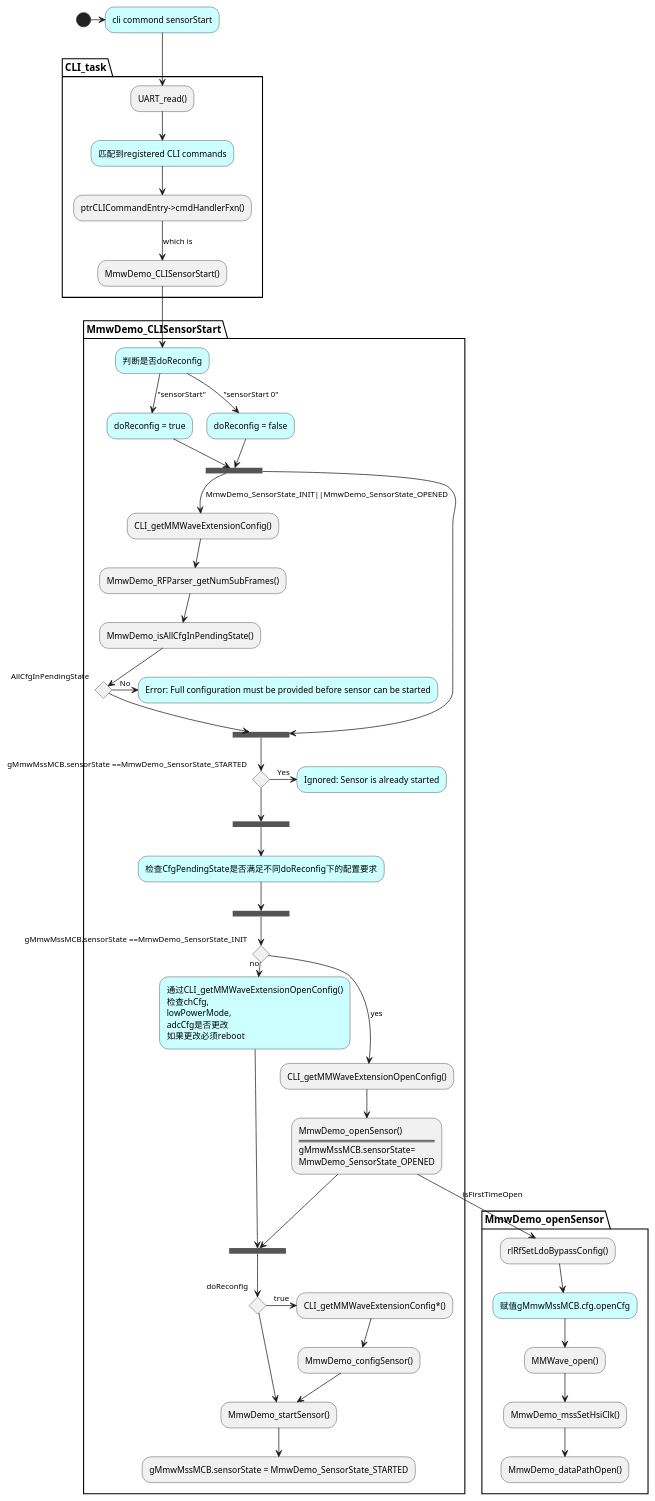
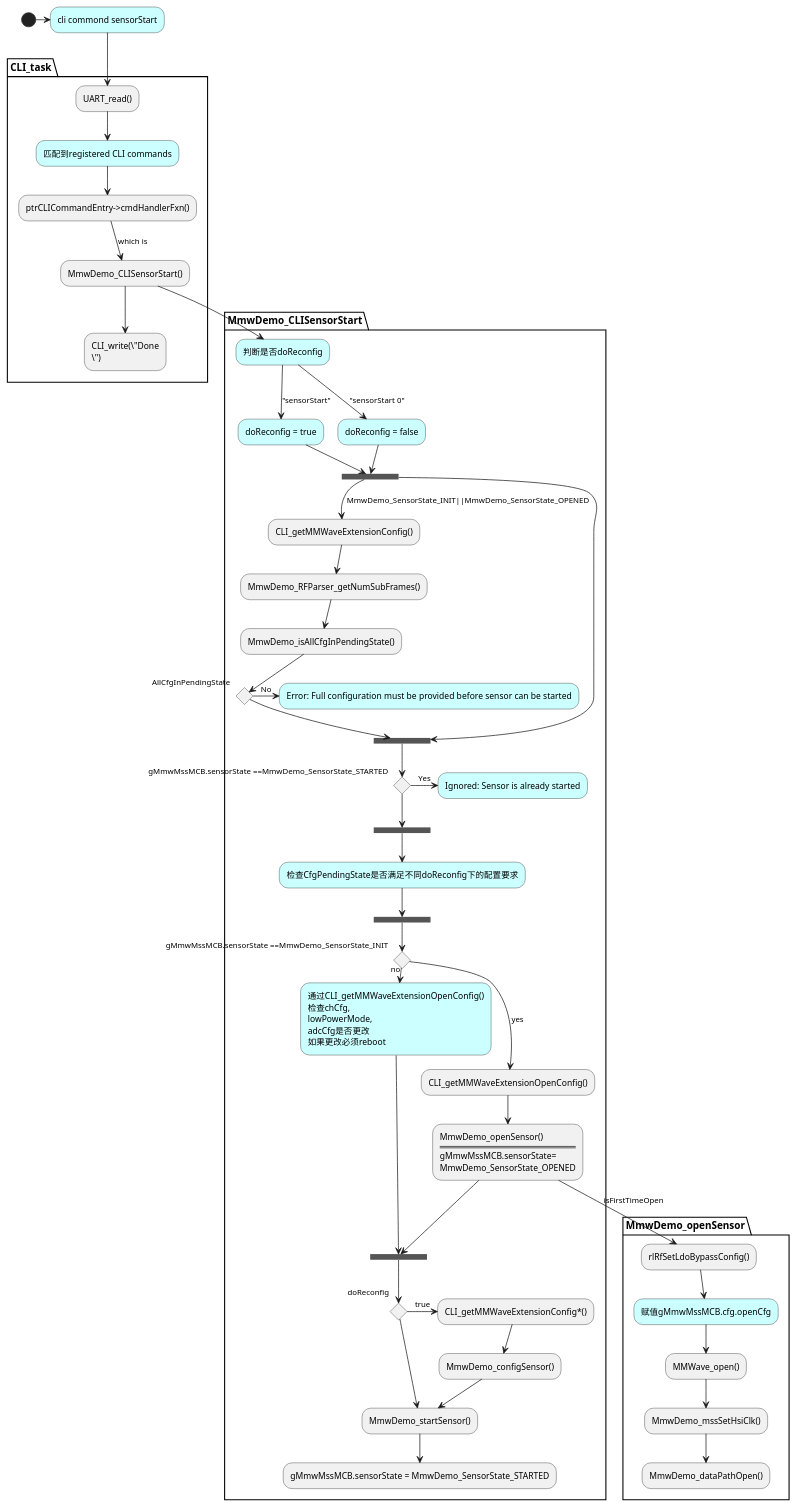
Before and after one commit to Mr-Bulijiojio/NotesTIproject: the third of 5 diagrams in whengetCLIcmd.plantuml, drawn with PlantUML. The commit also changed other lines of this file and 1 other file, not shown here.

```diff
--- a/whengetCLIcmd.plantuml
+++ b/whengetCLIcmd.plantuml
@@ -84,77 +84,78 @@
 @startuml sensorStartCfgCLIcommond
     (*)->"cli commond sensorStart" #CCFFFF
 
     partition "CLI_task"
         --> UART_read()
         --> "匹配到registered CLI commands" #CCFFFF
         --> ptrCLICommandEntry->cmdHandlerFxn()
         -->[which is]MmwDemo_CLISensorStart()
+        -->CLI_write(\"Done\n\")
     end partition
 
     partition "MmwDemo_CLISensorStart"
         "MmwDemo_CLISensorStart()" --> 判断是否doReconfig #CCFFFF
         "判断是否doReconfig"-->["sensorStart"] "doReconfig = true" #CCFFFF
         "判断是否doReconfig"-->["sensorStart 0"] "doReconfig = false" #CCFFFF
 
         "doReconfig = false"-->==S1==
         "doReconfig = true"-->==S1==
 
         ==S1== -->[MmwDemo_SensorState_INIT||MmwDemo_SensorState_OPENED]CLI_getMMWaveExtensionConfig()
         -->MmwDemo_RFParser_getNumSubFrames()
         -->MmwDemo_isAllCfgInPendingState()
         if "AllCfgInPendingState" then
             ->[No] Error: Full configuration must be provided before sensor can be started #CCFFFF
         else 
             -->==S2==
         endif
 
         if "gMmwMssMCB.sensorState ==MmwDemo_SensorState_STARTED" then
             ->[Yes] Ignored: Sensor is already started #CCFFFF
         else
             -->==S3==
         endif
 
         -->"检查CfgPendingState是否满足不同doReconfig下的配置要求" #CCFFFF
 
         --> ==S4==
         
         if "gMmwMssMCB.sensorState ==MmwDemo_SensorState_INIT" 
             ->[no]"
             通过CLI_getMMWaveExtensionOpenConfig()
             检查chCfg, 
             lowPowerMode, 
             adcCfg是否更改
             如果更改必须reboot" as A1 #CCFFFF
 
         else
             -->[yes]CLI_getMMWaveExtensionOpenConfig()
             -->"MmwDemo_openSensor()
                 ====
                 gMmwMssMCB.sensorState= 
                 MmwDemo_SensorState_OPENED" as A2
         endif
 
         A1 -->==S5==
         A2 -->==S5==
 
         if "doReconfig" 
             ->[true]CLI_getMMWaveExtensionConfig*()
             -->MmwDemo_configSensor()
             -->MmwDemo_startSensor()
         else
             -->MmwDemo_startSensor()
         endif
         -->"gMmwMssMCB.sensorState = MmwDemo_SensorState_STARTED"
 
         ==S1== --> ==S2==
     end partition
 
     partition MmwDemo_openSensor
         A2 --> [isFirstTimeOpen]rlRfSetLdoBypassConfig()
         --> "赋值gMmwMssMCB.cfg.openCfg" #CCFFFF
         --> MMWave_open()
         --> MmwDemo_mssSetHsiClk()
         --> MmwDemo_dataPathOpen()
     end partition
 
 @enduml
```
